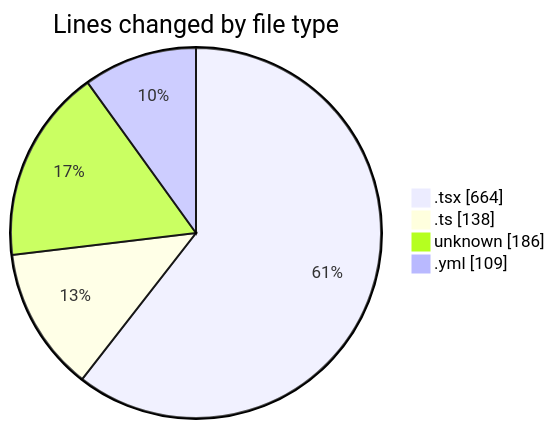
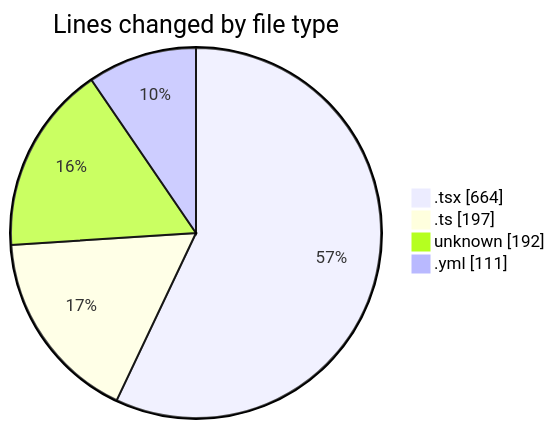
The first of 2 diagrams in 2025-05-20/niten/README.md (Elitesun/code-tracking), drawn with Mermaid before and after one commit. The commit also changed other lines of this file and 1 other file, not shown here.

````diff
--- a/2025-05-20/niten/README.md
+++ b/2025-05-20/niten/README.md
@@ -28,8 +30,8 @@
 ```mermaid
 pie showData
 title Lines changed by file type
 ".tsx" : 664
-".ts" : 138
-"unknown" : 186
-".yml" : 109
+".ts" : 197
+"unknown" : 192
+".yml" : 111
 ```
````
